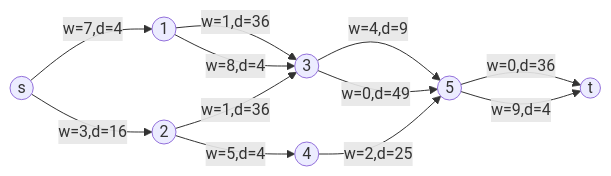
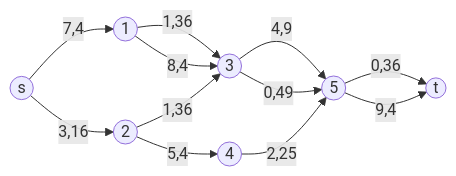
Before and after one commit to BartelNieuwenhuyse/constrained-shortest-path: the diagram in docs/README.md, drawn with Mermaid. The commit also changed other lines of this file and 6 other files, not shown here.

````diff
--- a/docs/README.md
+++ b/docs/README.md
@@ -30,37 +30,37 @@
 ```mermaid
 flowchart LR
     %% Source Node
     S((s))
 
     %% Layer 1
     L1A((1))
     L1B((2))
 
     %% Layer 2  
     L2A((3))
     L2B((4))
 
     %% Layer 3
     L3A((5))
 
     %% Terminal Node
     T((t))
 
     %% Edges
-    S -->|w=7,d=4| L1A
-    S -->|w=3,d=16| L1B
+    S -->|7,4| L1A
+    S -->|3,16| L1B
 
-    L1A -->|w=1,d=36| L2A
-    L1A -->|w=8,d=4| L2A
+    L1A -->|1,36| L2A
+    L1A -->|8,4| L2A
 
-    L1B -->|w=1,d=36| L2A
-    L1B -->|w=5,d=4| L2B
+    L1B -->|1,36| L2A
+    L1B -->|5,4| L2B
 
-    L2A -->|w=4,d=9| L3A
-    L2A -->|w=0,d=49| L3A
+    L2A -->|4,9| L3A
+    L2A -->|0,49| L3A
 
-    L2B -->|w=2,d=25| L3A
+    L2B -->|2,25| L3A
 
-    L3A -->|w=0,d=36| T
-    L3A -->|w=9,d=4| T
+    L3A -->|0,36| T
+    L3A -->|9,4| T
 ```
````
